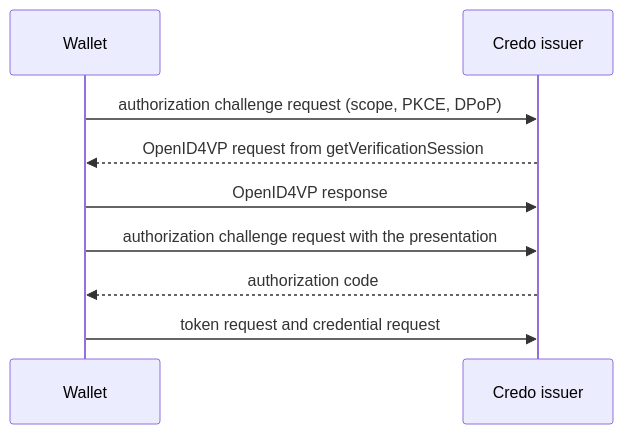
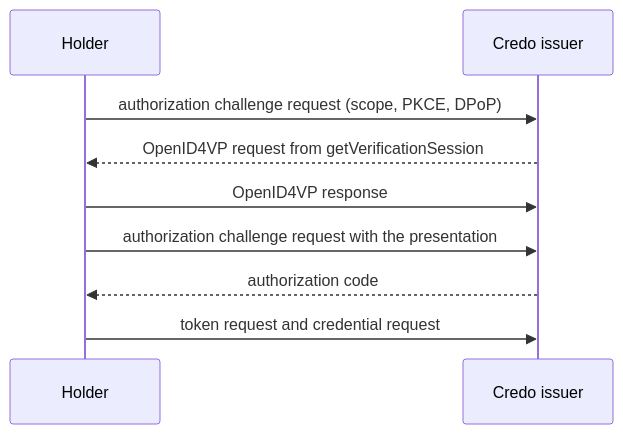
The diagram in guides/protocols/openid4vc/authorization.mdx (openwallet-foundation/credo-ts-docs), drawn with Mermaid before and after one commit. The commit also changed other lines of this file and 155 other files, not shown here.

````diff
--- a/guides/protocols/openid4vc/authorization.mdx
+++ b/guides/protocols/openid4vc/authorization.mdx
@@ -37,11 +53,11 @@
 ```mermaid
 sequenceDiagram
-  participant Wallet
+  participant Holder
   participant Issuer as Credo issuer
-  Wallet->>Issuer: authorization challenge request (scope, PKCE, DPoP)
-  Issuer-->>Wallet: OpenID4VP request from getVerificationSession
-  Wallet->>Issuer: OpenID4VP response
-  Wallet->>Issuer: authorization challenge request with the presentation
-  Issuer-->>Wallet: authorization code
-  Wallet->>Issuer: token request and credential request
+  Holder->>Issuer: authorization challenge request (scope, PKCE, DPoP)
+  Issuer-->>Holder: OpenID4VP request from getVerificationSession
+  Holder->>Issuer: OpenID4VP response
+  Holder->>Issuer: authorization challenge request with the presentation
+  Issuer-->>Holder: authorization code
+  Holder->>Issuer: token request and credential request
 ```
````
